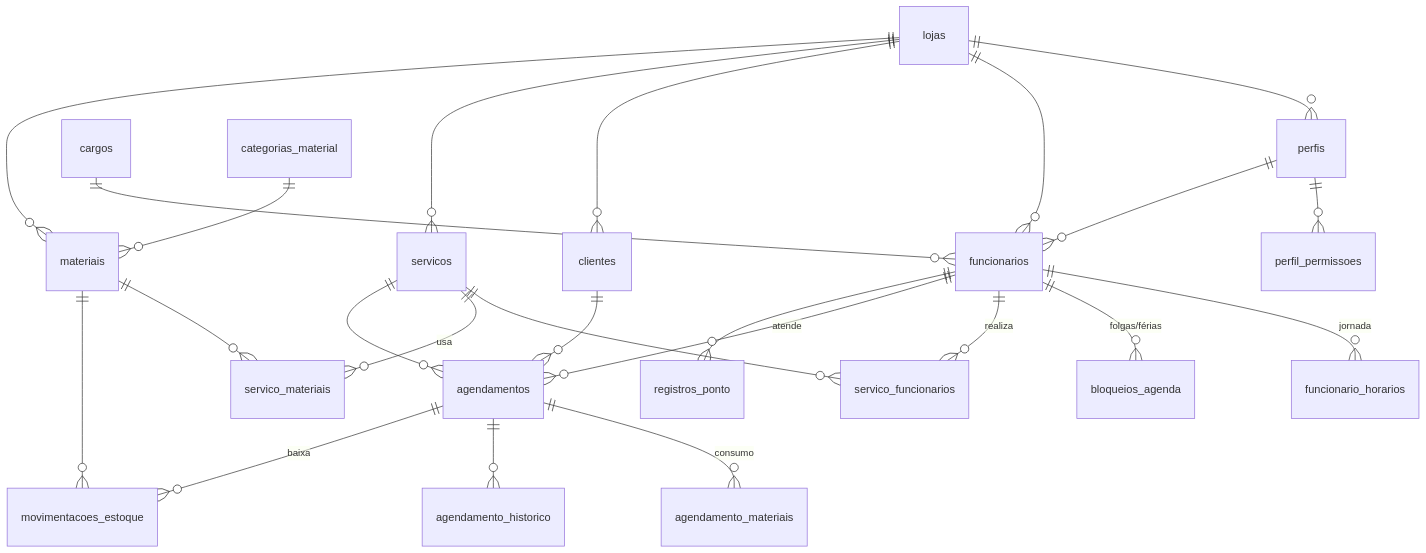
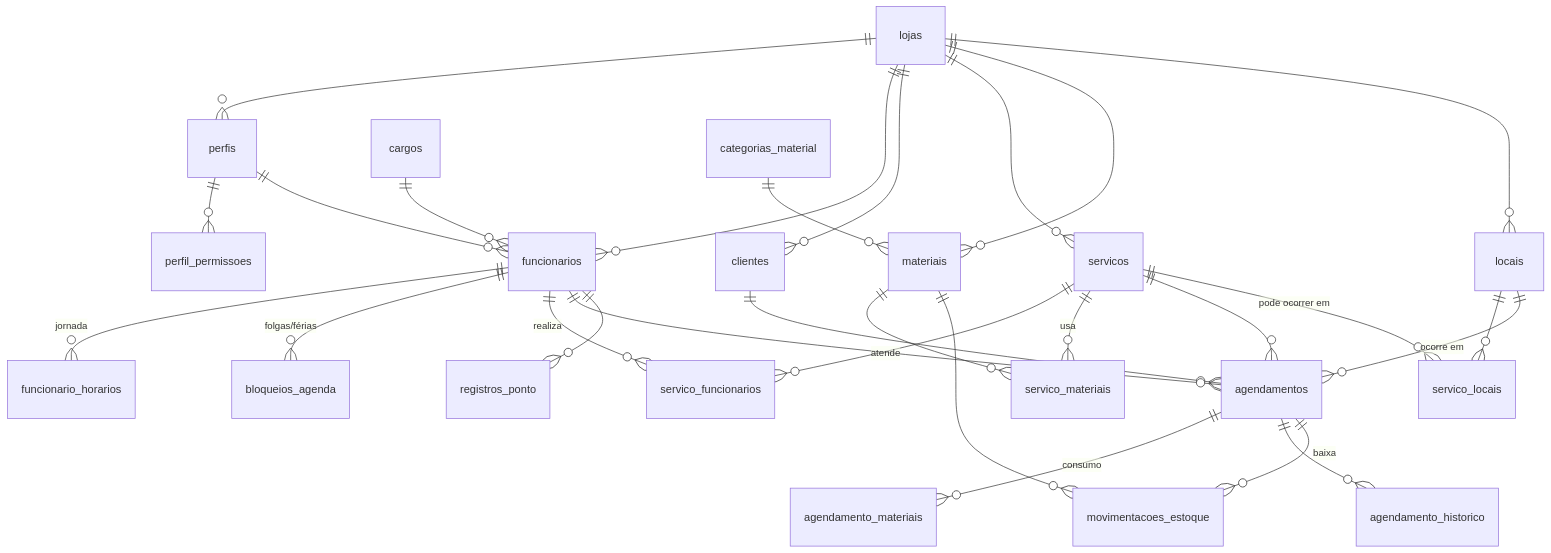
Before and after one commit to BrunoBlanck/agenda: the second of 2 diagrams in estrutura.md, drawn with Mermaid. The commit also changed other lines of this file, not shown here.

First line of the commit message:
Adiciona a entidade locais ao estrutura.md

````diff
--- a/estrutura.md
+++ b/estrutura.md
@@ -214,32 +218,37 @@
 ```mermaid
 erDiagram
     lojas ||--o{ perfis : ""
     lojas ||--o{ funcionarios : ""
     lojas ||--o{ clientes : ""
     lojas ||--o{ servicos : ""
     lojas ||--o{ materiais : ""
 
     perfis ||--o{ perfil_permissoes : ""
     perfis ||--o{ funcionarios : ""
     cargos ||--o{ funcionarios : ""
 
     funcionarios ||--o{ funcionario_horarios : "jornada"
     funcionarios ||--o{ bloqueios_agenda : "folgas/férias"
     funcionarios ||--o{ servico_funcionarios : "realiza"
     servicos ||--o{ servico_funcionarios : ""
 
     categorias_material ||--o{ materiais : ""
     servicos ||--o{ servico_materiais : "usa"
     materiais ||--o{ servico_materiais : ""
 
     clientes ||--o{ agendamentos : ""
     servicos ||--o{ agendamentos : ""
     funcionarios ||--o{ agendamentos : "atende"
     agendamentos ||--o{ agendamento_materiais : "consumo"
     agendamentos ||--o{ agendamento_historico : ""
 
     materiais ||--o{ movimentacoes_estoque : ""
     agendamentos ||--o{ movimentacoes_estoque : "baixa"
 
     funcionarios ||--o{ registros_ponto : ""
+
+    lojas ||--o{ locais : ""
+    locais ||--o{ servico_locais : ""
+    servicos ||--o{ servico_locais : "pode ocorrer em"
+    locais ||--o{ agendamentos : "ocorre em"
 ```
````
